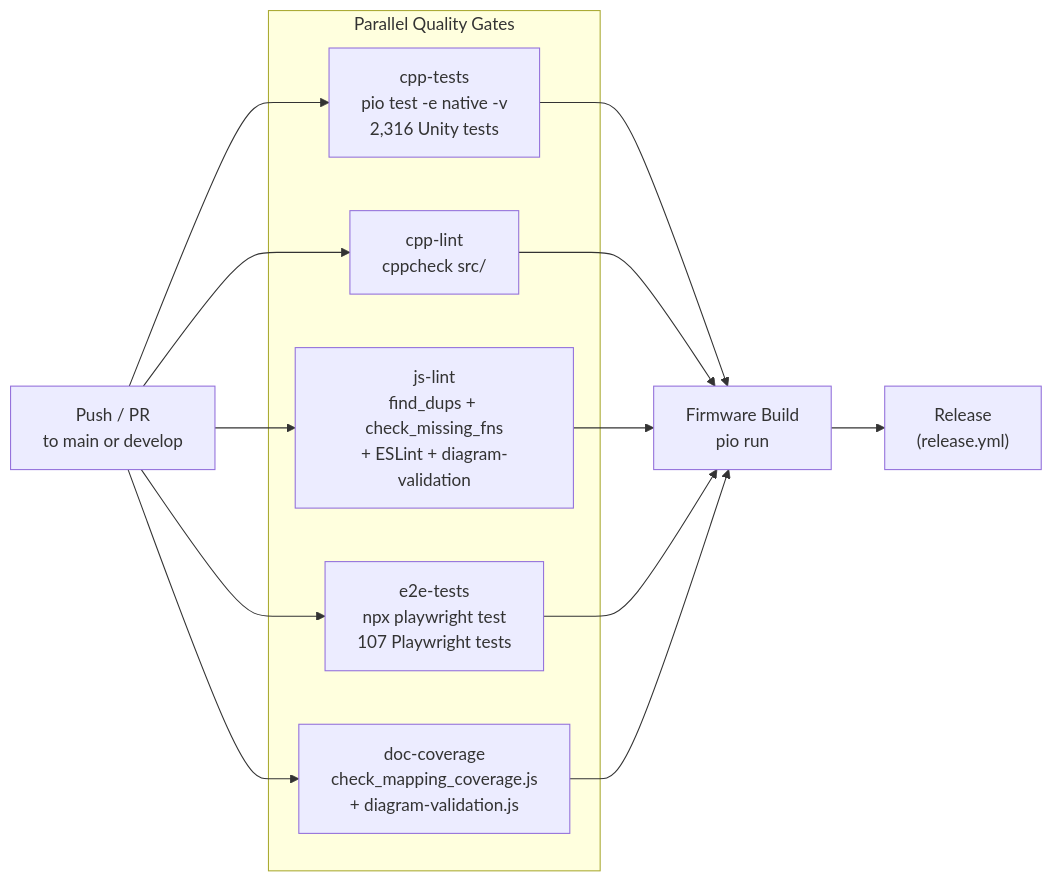
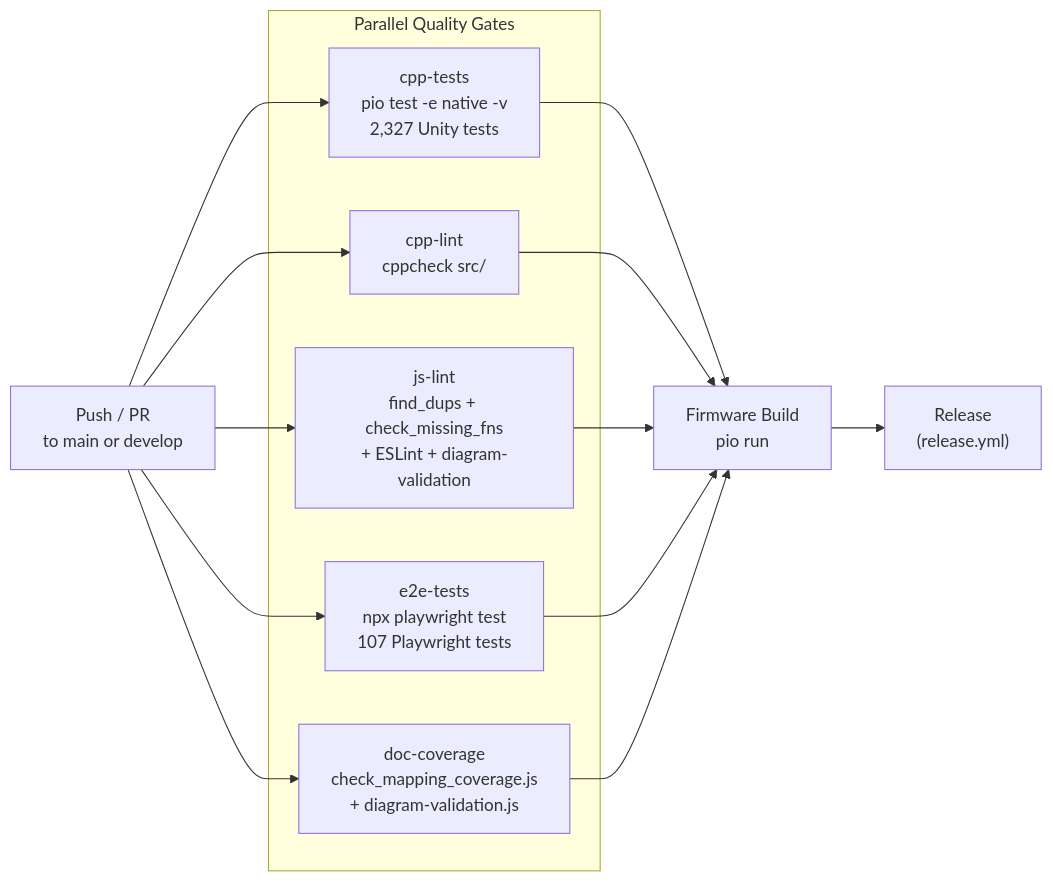
Before and after one commit to Schmackos/ALX_Nova_Controller_2: the second of 2 diagrams in docs-site/docs/developer/testing.md, drawn with Mermaid. The commit also changed other lines of this file and 7 other files, not shown here.

````diff
--- a/docs-site/docs/developer/testing.md
+++ b/docs-site/docs/developer/testing.md
@@ -299,18 +299,18 @@
 ```mermaid
 flowchart LR
     PUSH["Push / PR\nto main or develop"]
 
     subgraph Gates ["Parallel Quality Gates"]
-        CPP["cpp-tests\npio test -e native -v\n2,316 Unity tests"]
+        CPP["cpp-tests\npio test -e native -v\n2,327 Unity tests"]
         LINT["cpp-lint\ncppcheck src/"]
         JS["js-lint\nfind_dups + check_missing_fns\n+ ESLint + diagram-validation"]
         E2E["e2e-tests\nnpx playwright test\n107 Playwright tests"]
         DOC["doc-coverage\ncheck_mapping_coverage.js\n+ diagram-validation.js"]
     end
 
     BUILD["Firmware Build\npio run"]
     RELEASE["Release\n(release.yml)"]
 
     PUSH --> CPP & LINT & JS & E2E & DOC
     CPP & LINT & JS & E2E & DOC --> BUILD --> RELEASE
 ```
````
